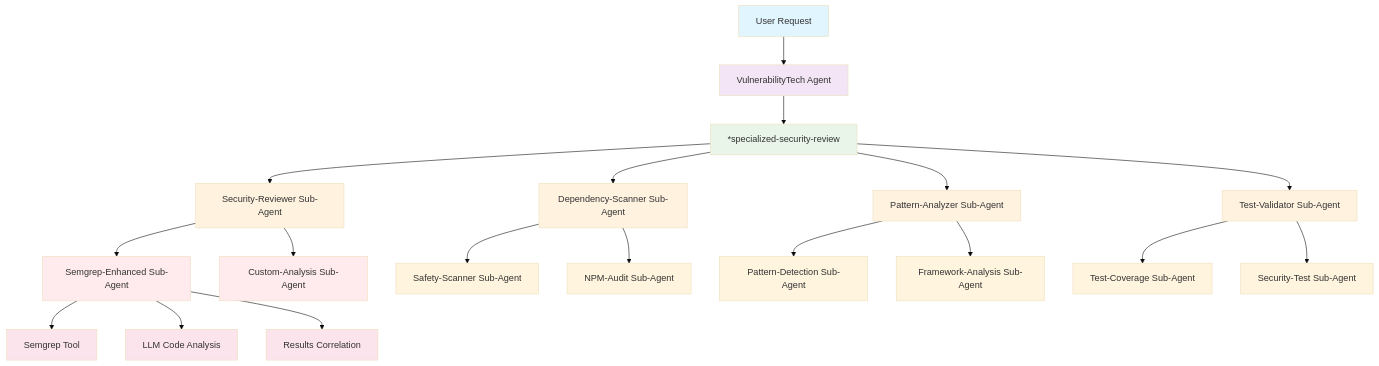
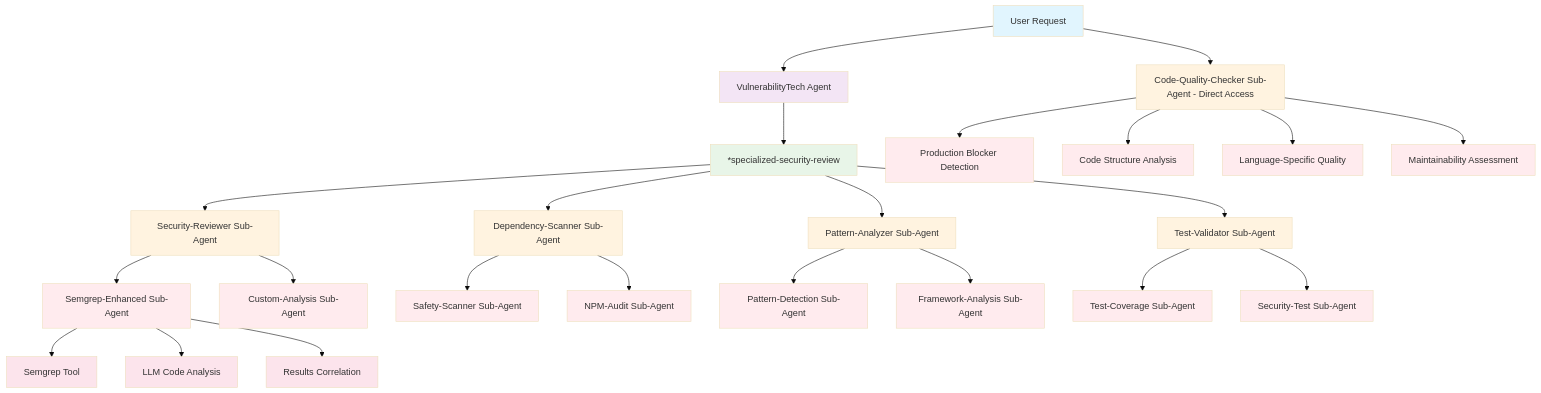
Before and after one commit to CyberSecAI/BMAD-METHOD: the first of 3 diagrams in .claude/README.md, drawn with Mermaid (base theme). The commit also changed other lines of this file and 3 other files, not shown here.

First line of the commit message:
feat: Add code quality test commands and update test reports

````diff
--- a/.claude/README.md
+++ b/.claude/README.md
@@ -30,39 +40,57 @@
 ```mermaid
 graph TD
     A[User Request] --> B[VulnerabilityTech Agent]
+    A --> QC[Code-Quality-Checker Sub-Agent - Direct Access]
+    
     B --> C[*specialized-security-review]
     
     C --> D[Security-Reviewer Sub-Agent]
     C --> E[Dependency-Scanner Sub-Agent]
     C --> F[Pattern-Analyzer Sub-Agent]
     C --> G[Test-Validator Sub-Agent]
+    
+    QC --> QP[Production Blocker Detection]
+    QC --> QS[Code Structure Analysis]
+    QC --> QL[Language-Specific Quality]
+    QC --> QM[Maintainability Assessment]
     
     D --> H[Semgrep-Enhanced Sub-Agent]
     D --> I[Custom-Analysis Sub-Agent]
     
     E --> J[Safety-Scanner Sub-Agent]
     E --> K[NPM-Audit Sub-Agent]
     
     F --> L[Pattern-Detection Sub-Agent]
     F --> M[Framework-Analysis Sub-Agent]
     
     G --> N[Test-Coverage Sub-Agent]
     G --> O[Security-Test Sub-Agent]
     
     H --> P[Semgrep Tool]
     H --> Q[LLM Code Analysis]
     H --> R[Results Correlation]
     
     style A fill:#e1f5fe
     style B fill:#f3e5f5
     style C fill:#e8f5e8
     style D fill:#fff3e0
     style E fill:#fff3e0
     style F fill:#fff3e0
     style G fill:#fff3e0
+    style QC fill:#fff3e0
     style H fill:#ffebee
     style I fill:#ffebee
+    style J fill:#ffebee
+    style K fill:#ffebee
+    style L fill:#ffebee
+    style M fill:#ffebee
+    style N fill:#ffebee
+    style O fill:#ffebee
+    style QP fill:#ffebee
+    style QS fill:#ffebee
+    style QL fill:#ffebee
+    style QM fill:#ffebee
     style P fill:#fce4ec
     style Q fill:#fce4ec
     style R fill:#fce4ec
 ```
````
